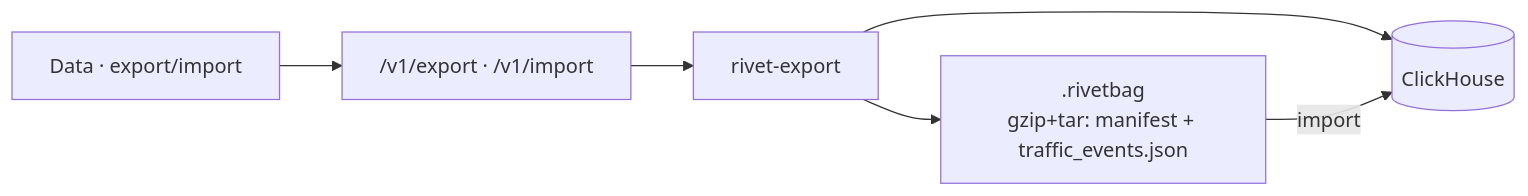
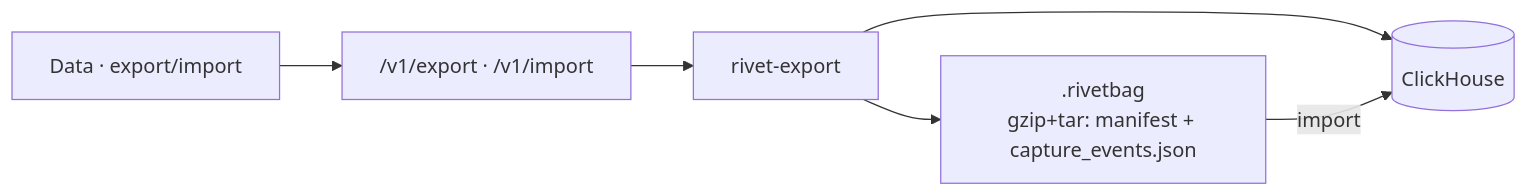
One commit to Rivethub/ExperimentOne changed diagram 12 of 13 in docs/architecture.md. Above: the diagram before and after it, drawn with Mermaid. The commit also changed other lines of this file and 96 other files, not shown here.

Commit message:
refactor(core): Replace traffic terminology with CaptureEvent (#50)

````diff
--- a/docs/architecture.md
+++ b/docs/architecture.md
@@ -456,8 +456,8 @@
 ```mermaid
 flowchart LR
   UI[Data · export/import] --> API["/v1/export · /v1/import"]
   API --> Exp[rivet-export]
   Exp --> CH[(ClickHouse)]
-  Exp --> Bag[".rivetbag<br/>gzip+tar: manifest + traffic_events.json"]
+  Exp --> Bag[".rivetbag<br/>gzip+tar: manifest + capture_events.json"]
   Bag -->|import| CH
 ```
````
